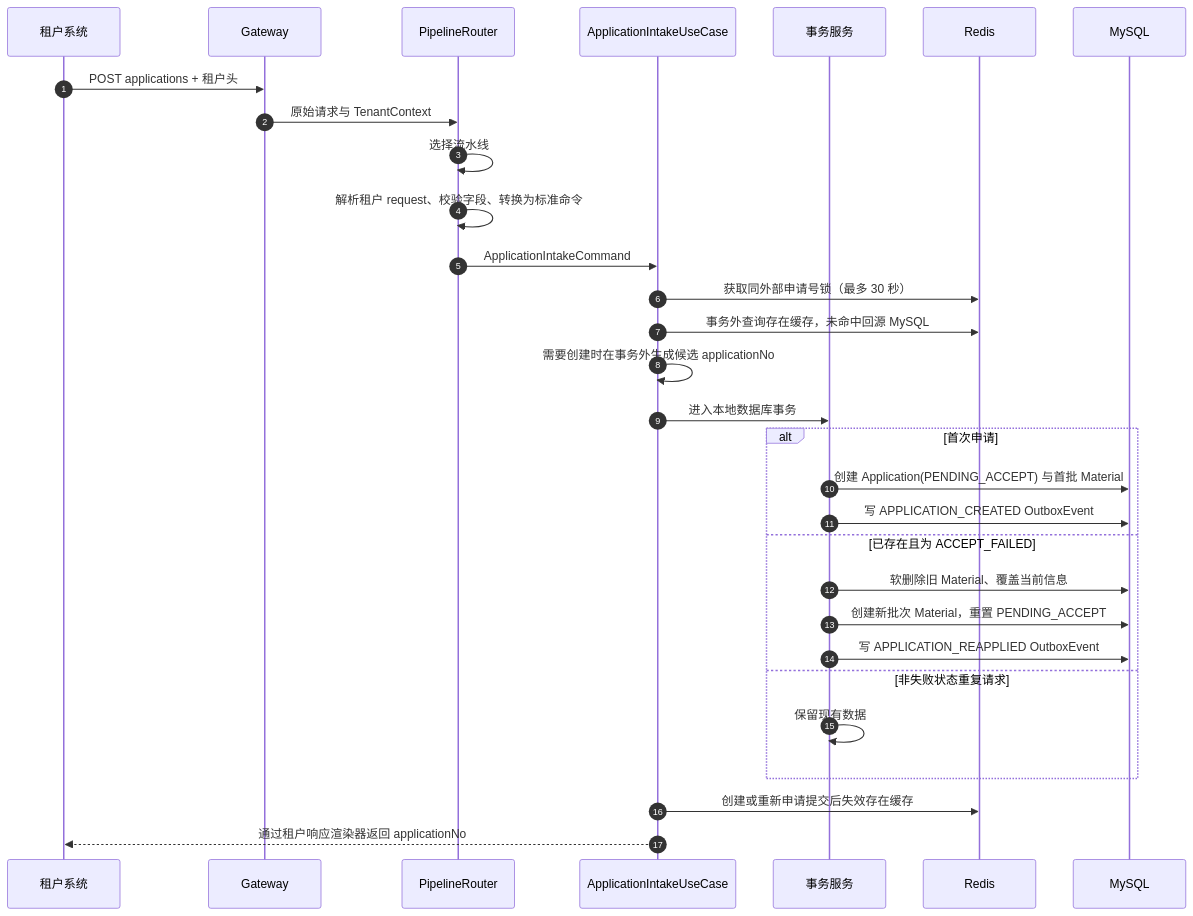
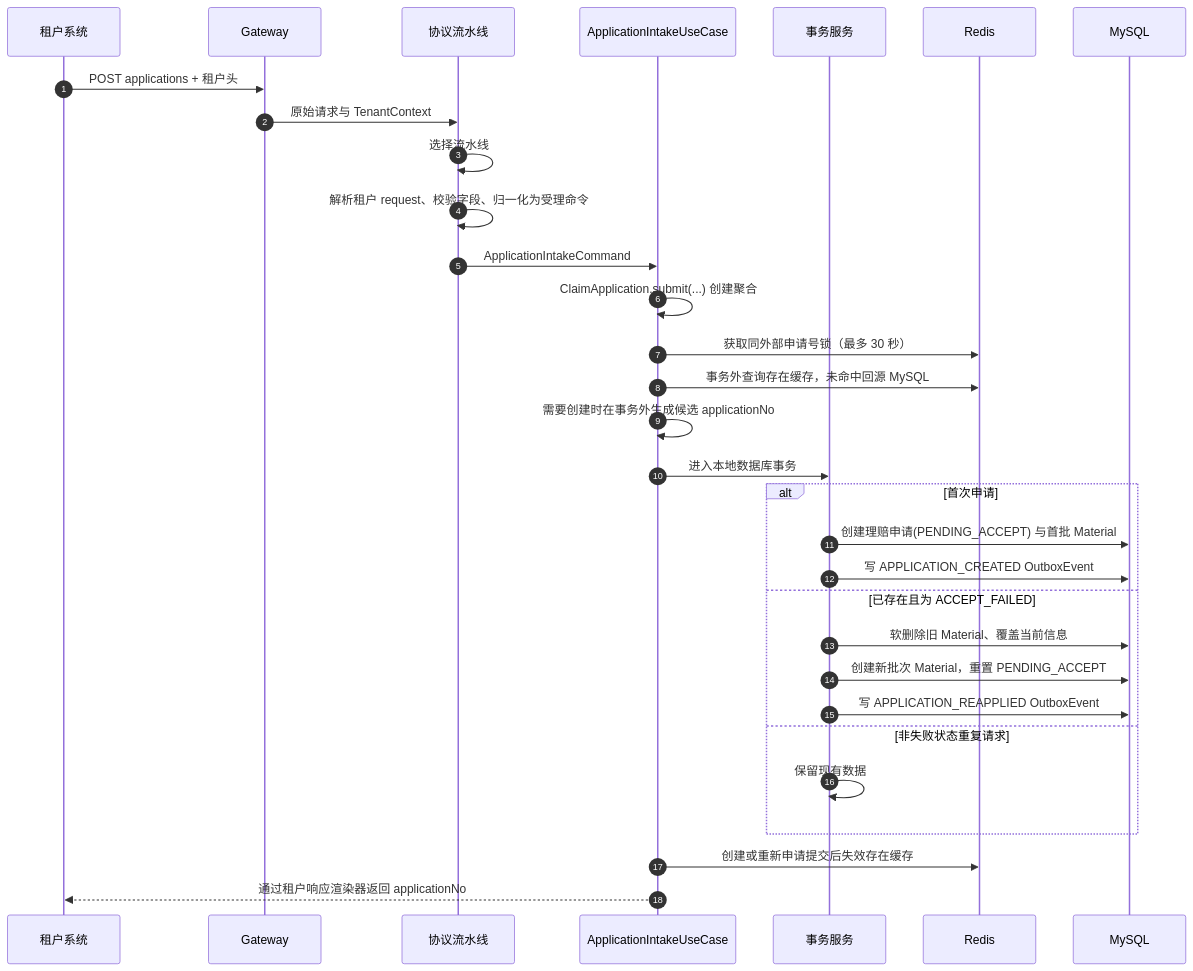
One commit to wangguangwu/claim-integration-platform changed the second of 4 diagrams in specs/003-application-intake/design.md. Above: the diagram before and after it, drawn with Mermaid. The commit also changed other lines of this file and 299 other files, not shown here.

````diff
--- a/specs/003-application-intake/design.md
+++ b/specs/003-application-intake/design.md
@@ -28,35 +31,36 @@
 ```mermaid
 sequenceDiagram
     autonumber
     participant T as 租户系统
     participant G as Gateway
-    participant R as PipelineRouter
+    participant R as 协议流水线
     participant U as ApplicationIntakeUseCase
     participant X as 事务服务
     participant RDS as Redis
     participant DB as MySQL
 
     T->>G: POST applications + 租户头
     G->>R: 原始请求与 TenantContext
     R->>R: 选择流水线
-    R->>R: 解析租户 request、校验字段、转换为标准命令
+    R->>R: 解析租户 request、校验字段、归一化为受理命令
     R->>U: ApplicationIntakeCommand
+    U->>U: ClaimApplication.submit(...) 创建聚合
     U->>RDS: 获取同外部申请号锁（最多 30 秒）
     U->>RDS: 事务外查询存在缓存，未命中回源 MySQL
     U->>U: 需要创建时在事务外生成候选 applicationNo
     U->>X: 进入本地数据库事务
 
     alt 首次申请
-        X->>DB: 创建 Application(PENDING_ACCEPT) 与首批 Material
+        X->>DB: 创建理赔申请(PENDING_ACCEPT) 与首批 Material
         X->>DB: 写 APPLICATION_CREATED OutboxEvent
     else 已存在且为 ACCEPT_FAILED
         X->>DB: 软删除旧 Material、覆盖当前信息
         X->>DB: 创建新批次 Material，重置 PENDING_ACCEPT
         X->>DB: 写 APPLICATION_REAPPLIED OutboxEvent
     else 非失败状态重复请求
         X->>X: 保留现有数据
     end
 
     U->>RDS: 创建或重新申请提交后失效存在缓存
     U-->>T: 通过租户响应渲染器返回 applicationNo
 ```
````
